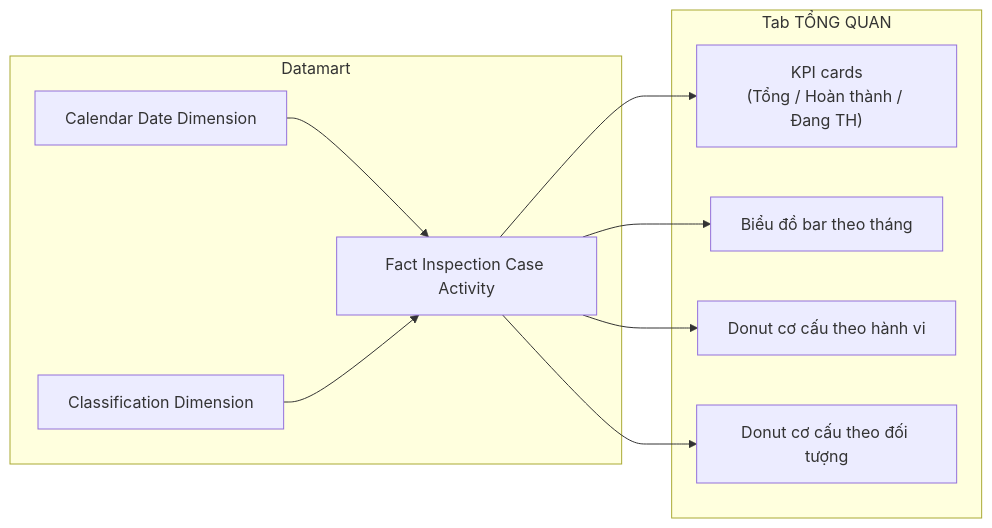
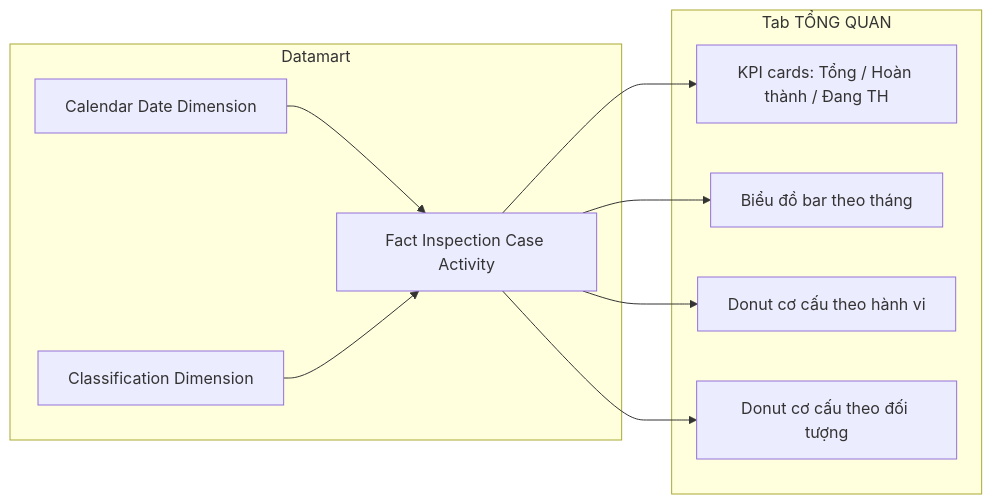
One commit to linhlvit/ubck_atomic_design changed the seventh of 25 diagrams in Datamart/hld/DTM_TT_HLD.md. Above: the diagram before and after it, drawn with Mermaid. The commit also changed other lines of this file and 2 other files, not shown here.

````diff
--- a/Datamart/hld/DTM_TT_HLD.md
+++ b/Datamart/hld/DTM_TT_HLD.md
@@ -250,20 +262,20 @@
 ```mermaid
 flowchart LR
     subgraph Datamart["Datamart"]
         G1["Fact Inspection Case Activity"]
         G2["Calendar Date Dimension"]
         G3["Classification Dimension"]
     end
     subgraph RPT["Tab TỔNG QUAN"]
-        R1["KPI cards\n(Tổng / Hoàn thành / Đang TH)"]
+        R1["KPI cards: Tổng / Hoàn thành / Đang TH"]
         R2["Biểu đồ bar theo tháng"]
         R3["Donut cơ cấu theo hành vi"]
         R4["Donut cơ cấu theo đối tượng"]
     end
     G2 --> G1
     G3 --> G1
     G1 --> R1
     G1 --> R2
     G1 --> R3
     G1 --> R4
 ```
````
